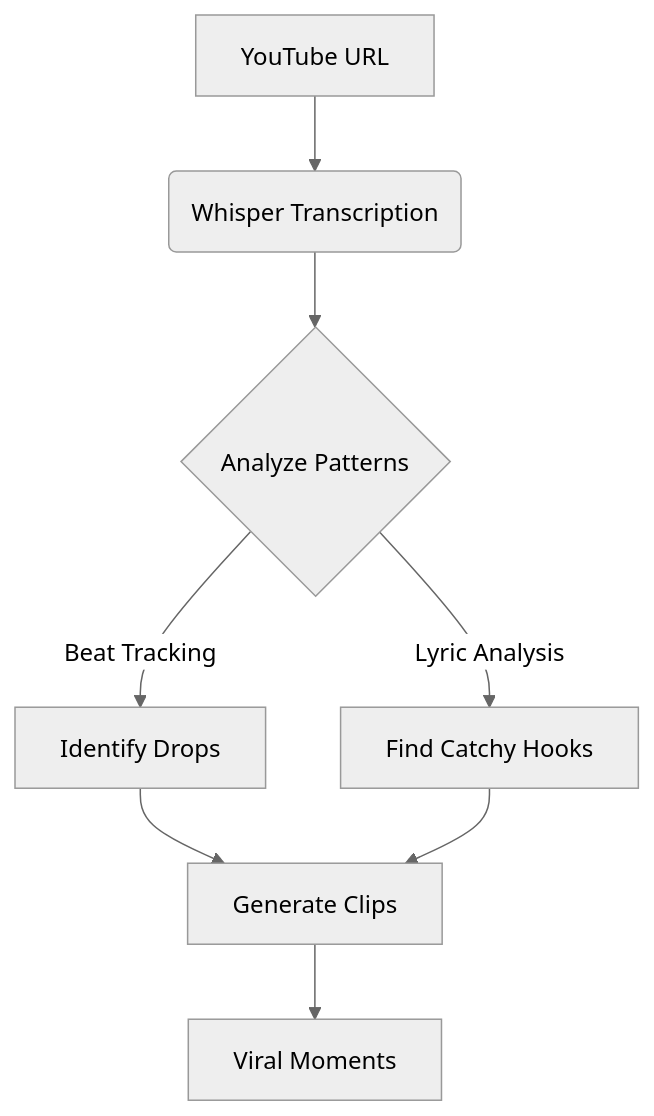
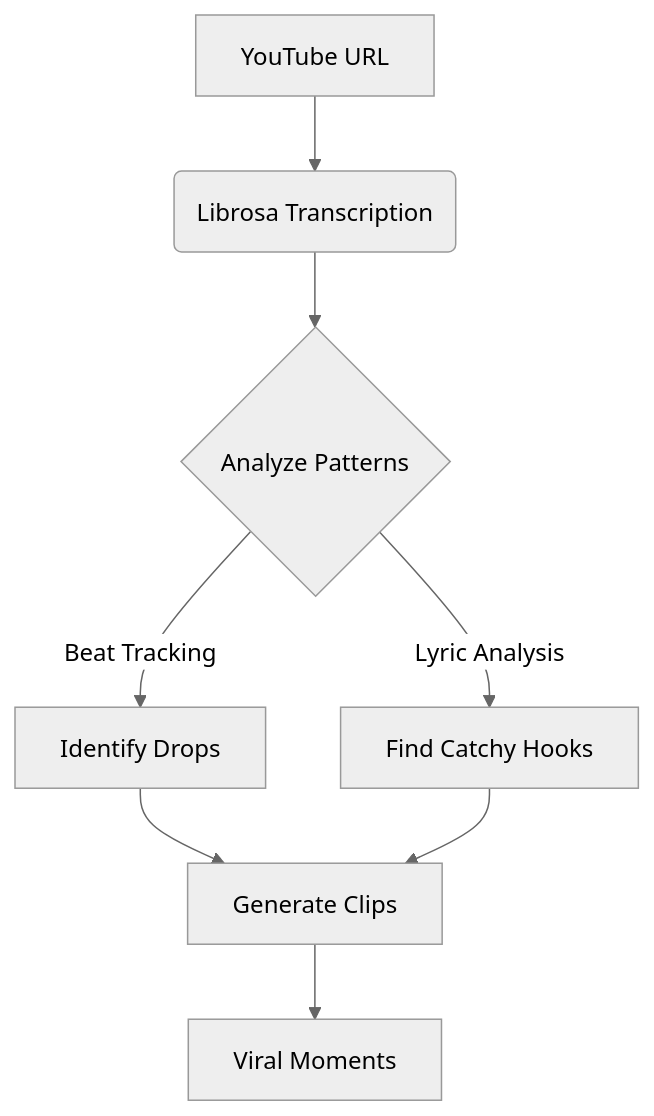
The diagram in README.md (Kuberwastaken/JumpCut), drawn with Mermaid (neutral theme) before and after one commit. The commit also changed other lines of this file and 4 other files, not shown here.

````diff
--- a/README.md
+++ b/README.md
@@ -64,10 +64,10 @@
 ```mermaid
 graph TD
-    A[YouTube URL] --> B(Whisper Transcription)
+    A[YouTube URL] --> B(Librosa Transcription)
     B --> C{Analyze Patterns}
     C -->|Beat Tracking| D[Identify Drops]
     C -->|Lyric Analysis| E[Find Catchy Hooks]
     D --> F[Generate Clips]
     E --> F
     F --> G[Viral Moments]
 ```
````
